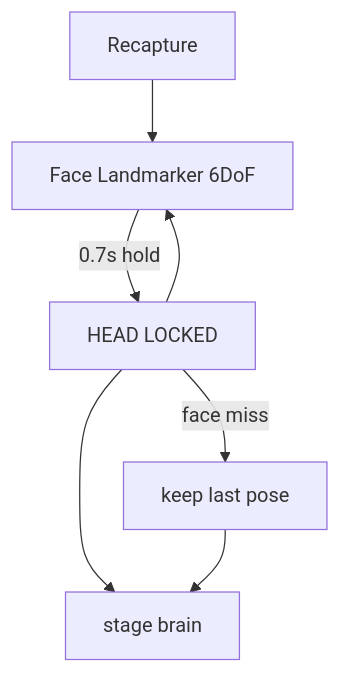
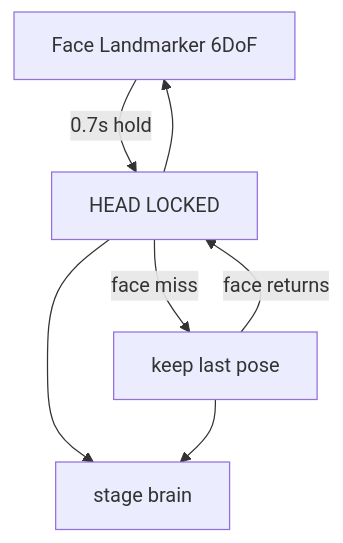
The fourth of 23 diagrams in docs/gui.md (PiMaV/DONNER), drawn with Mermaid before and after one commit. The commit also changed other lines of this file and 17 other files, not shown here.

````diff
--- a/docs/gui.md
+++ b/docs/gui.md
@@ -142,13 +137,13 @@
 ```mermaid
 flowchart TB
   face[Face Landmarker 6DoF]
   lock[HEAD LOCKED]
   brain[stage brain]
   freeze[keep last pose]
   face -->|"0.7s hold"| lock
   lock --> face
   lock --> brain
   lock -->|"face miss"| freeze
   freeze --> brain
-  recapture[Recapture] --> face
+  freeze -->|"face returns"| lock
 ```
````
